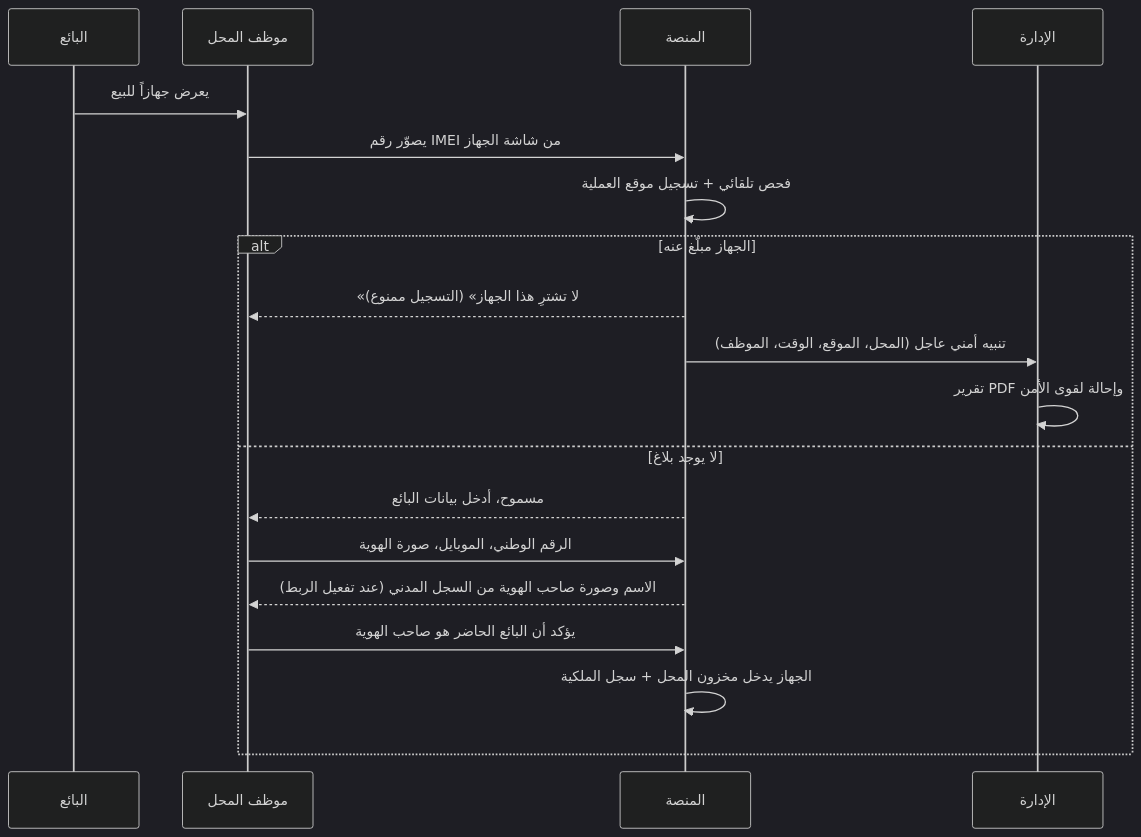
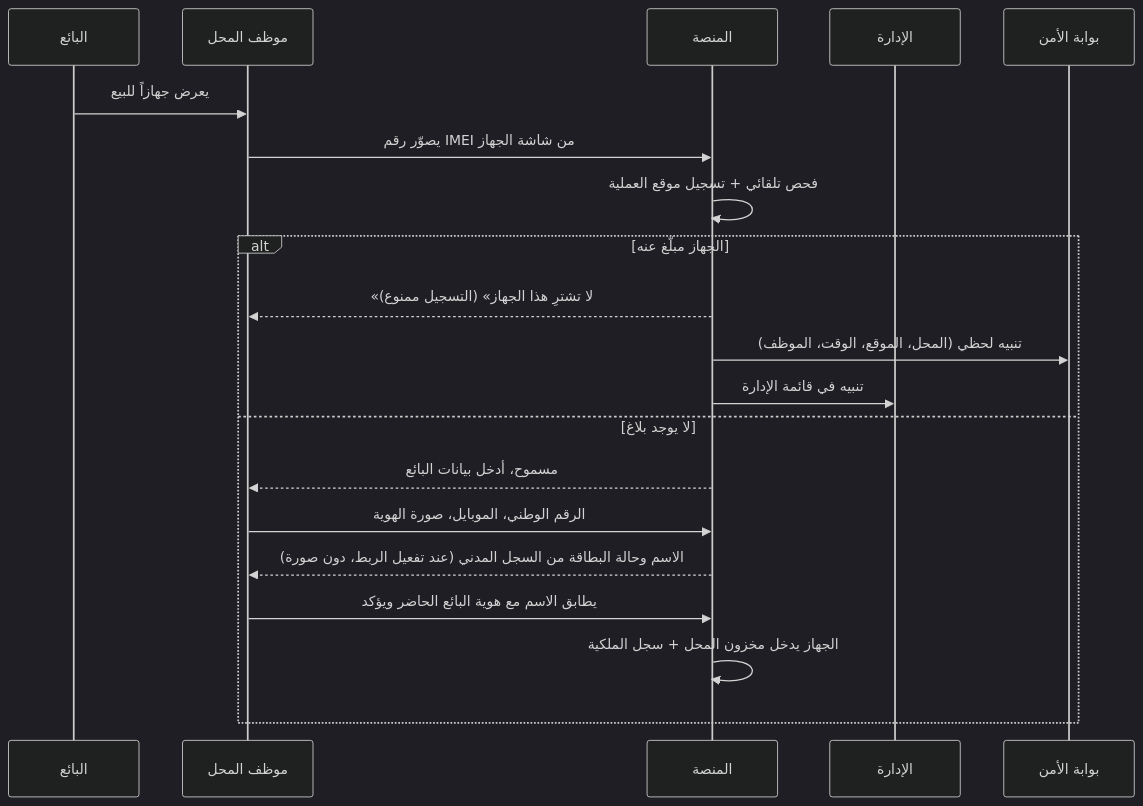
Before and after one commit to servacode/imei: the second of 3 diagrams in docs/05-user-journeys.md, drawn with Mermaid (dark theme). The commit also changed other lines of this file and 15 other files, not shown here.

````diff
--- a/docs/05-user-journeys.md
+++ b/docs/05-user-journeys.md
@@ -89,21 +89,22 @@
 ```mermaid
 sequenceDiagram
     participant S as البائع
     participant M as موظف المحل
     participant P as المنصة
     participant A as الإدارة
+    participant Q as بوابة الأمن
     S->>M: يعرض جهازاً للبيع
     M->>P: يصوّر رقم IMEI من شاشة الجهاز
     P->>P: فحص تلقائي + تسجيل موقع العملية
     alt الجهاز مبلّغ عنه
         P-->>M: «لا تشترِ هذا الجهاز» (التسجيل ممنوع)
-        P->>A: تنبيه أمني عاجل (المحل، الموقع، الوقت، الموظف)
-        A->>A: تقرير PDF وإحالة لقوى الأمن
+        P->>Q: تنبيه لحظي (المحل، الموقع، الوقت، الموظف)
+        P->>A: تنبيه في قائمة الإدارة
     else لا يوجد بلاغ
         P-->>M: مسموح، أدخل بيانات البائع
         M->>P: الرقم الوطني، الموبايل، صورة الهوية
-        P-->>M: الاسم وصورة صاحب الهوية من السجل المدني (عند تفعيل الربط)
-        M->>P: يؤكد أن البائع الحاضر هو صاحب الهوية
+        P-->>M: الاسم وحالة البطاقة من السجل المدني (عند تفعيل الربط، دون صورة)
+        M->>P: يطابق الاسم مع هوية البائع الحاضر ويؤكد
         P->>P: الجهاز يدخل مخزون المحل + سجل الملكية
     end
 ```
````
